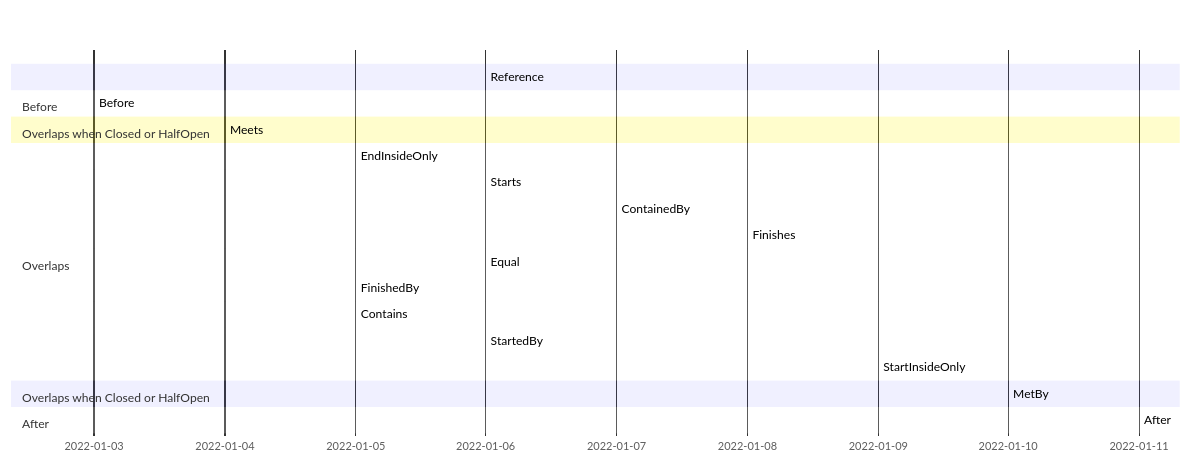
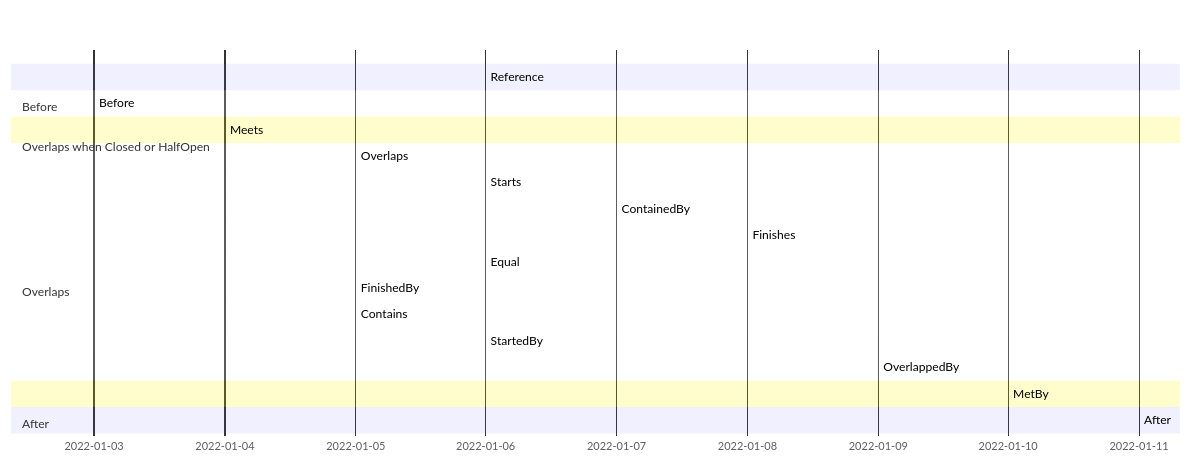
One commit to viclang/IntervalSets changed the diagram in README.md. Above: the diagram before and after it, drawn with Mermaid. The commit also changed 30 other files, not shown here.

````diff
--- a/README.md
+++ b/README.md
@@ -5,27 +5,27 @@
 ```mermaid
 gantt
-    Reference :crit, active, a, 2022-01-06, 2022-01-10   
+    Reference :crit, active, a, 2022-01-06, 2022-01-10
 
-	section Before
+    section Before
     Before :crit, b, 2022-01-03, 2022-01-05
    
-    section Overlaps when Closed or HalfOpen  
+    section Overlaps when Closed or HalfOpen
     Meets :crit, c, 2022-01-04, 2022-01-06
 
-	section Overlaps
-    EndInsideOnly :crit, d, 2022-01-05, 2022-01-07
+    section Overlaps
+    Overlaps :crit, d, 2022-01-05, 2022-01-07
     Starts :crit, e, 2022-01-06, 2022-01-08
     ContainedBy :crit, f, 2022-01-07, 2022-01-09
     Finishes :crit, g, 2022-01-08, 2022-01-10
     Equal :crit, h, 2022-01-06, 2022-01-10
     FinishedBy :crit, i, 2022-01-05, 2022-01-10
     Contains :crit, j, 2022-01-05, 2022-01-11
     StartedBy :crit, k, 2022-01-06, 2022-01-11
-    StartInsideOnly :crit, l, 2022-01-09, 2022-01-11
+    OverlappedBy :crit, l, 2022-01-09, 2022-01-11
    
-	section Overlaps when Closed or HalfOpen
+    section Overlaps when Closed or HalfOpen
     MetBy :crit, m, 2022-01-10, 2022-01-12
 
     section After
     After :crit, n, 2022-01-11, 2022-01-13
 ```
````
